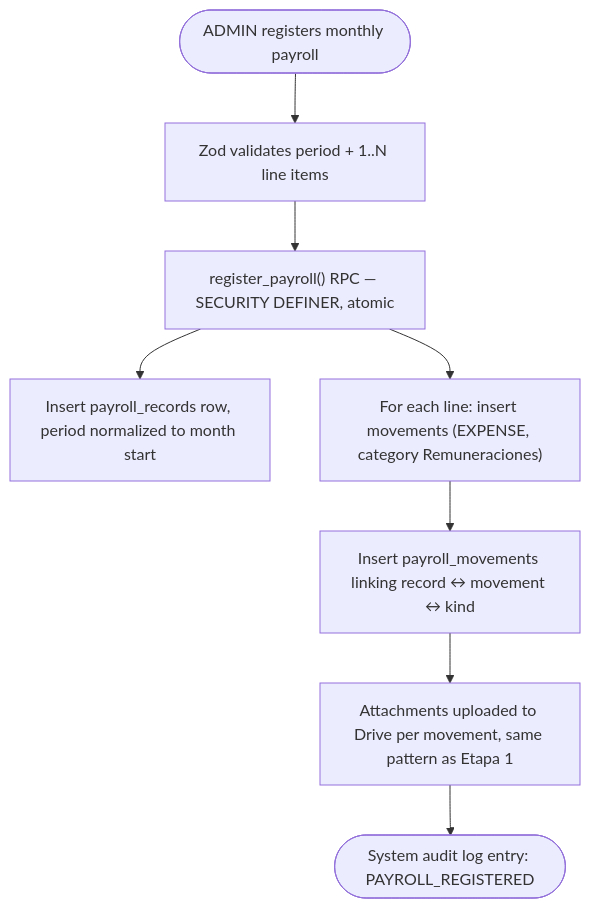
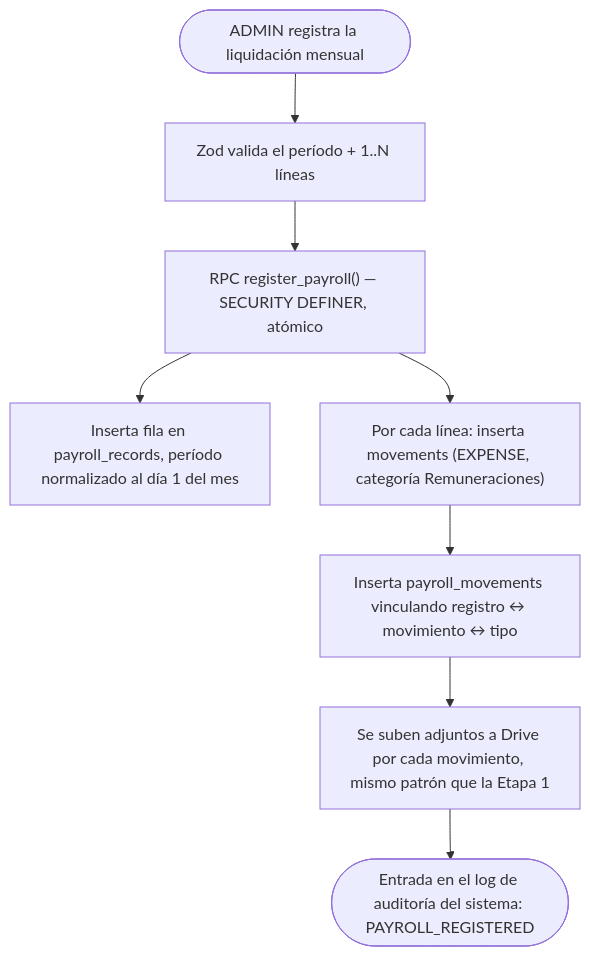
Before and after one commit to Torfel0312/sistema_contable_pibt: the seventh of 11 diagrams in docs/flows.md, drawn with Mermaid. The commit also changed other lines of this file and 11 other files, not shown here.

Commit message:
docs: refresh roles/permissions/auth docs and translate diagrams to Spanish (#83)

````diff
--- a/docs/flows.md
+++ b/docs/flows.md
@@ -178,10 +182,10 @@
 ```mermaid
 flowchart TD
-    A([ADMIN registers monthly payroll]) --> B[Zod validates period + 1..N line items]
-    B --> C["register_payroll() RPC — SECURITY DEFINER, atomic"]
-    C --> D[Insert payroll_records row, period normalized to month start]
-    C --> E["For each line: insert movements (EXPENSE, category Remuneraciones)"]
-    E --> F[Insert payroll_movements linking record ↔ movement ↔ kind]
-    F --> G[Attachments uploaded to Drive per movement, same pattern as Etapa 1]
-    G --> H([System audit log entry: PAYROLL_REGISTERED])
+    A(["ADMIN registra la liquidación mensual"]) --> B["Zod valida el período + 1..N líneas"]
+    B --> C["RPC register_payroll() — SECURITY DEFINER, atómico"]
+    C --> D[Inserta fila en payroll_records, período normalizado al día 1 del mes]
+    C --> E["Por cada línea: inserta movements (EXPENSE, categoría Remuneraciones)"]
+    E --> F[Inserta payroll_movements vinculando registro ↔ movimiento ↔ tipo]
+    F --> G[Se suben adjuntos a Drive por cada movimiento, mismo patrón que la Etapa 1]
+    G --> H(["Entrada en el log de auditoría del sistema: PAYROLL_REGISTERED"])
 ```
````
